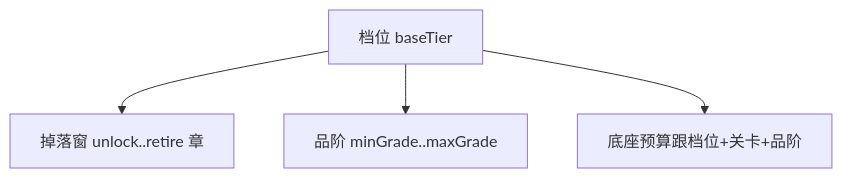
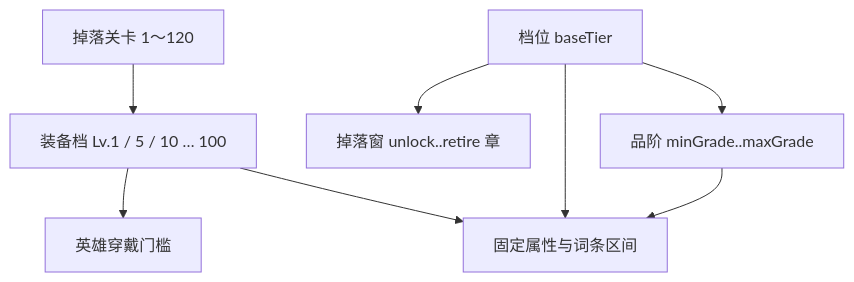
Before and after one commit to lalaxs/IDLE_TEAM: the diagram in docs/superpowers/specs/2026-08-10-tbh-grade-and-set-design.md, drawn with Mermaid. The commit also changed other lines of this file and 1095 other files, not shown here.

````diff
--- a/docs/superpowers/specs/2026-08-10-tbh-grade-and-set-design.md
+++ b/docs/superpowers/specs/2026-08-10-tbh-grade-and-set-design.md
@@ -20,10 +21,17 @@
 ```mermaid
 flowchart TB
+  stage["掉落关卡 1～120"]
+  level["装备档 Lv.1 / 5 / 10 … 100"]
   band["档位 baseTier"]
   drop["掉落窗 unlock..retire 章"]
   grade["品阶 minGrade..maxGrade"]
-  power["底座预算跟档位+关卡+品阶"]
+  gate["英雄穿戴门槛"]
+  power["固定属性与词条区间"]
+  stage --> level
+  level --> gate
+  level --> power
   band --> drop
   band --> grade
   band --> power
+  grade --> power
 ```
````
